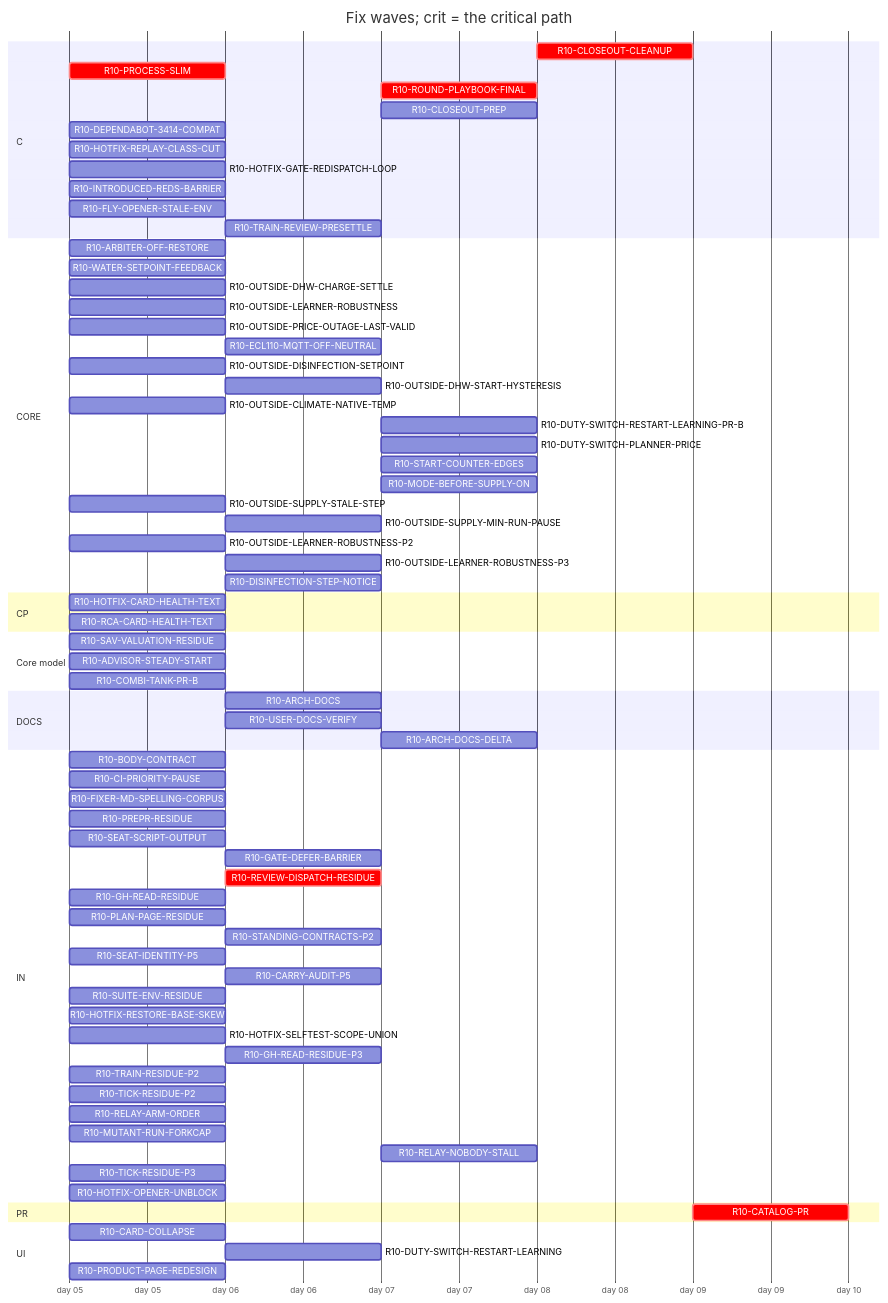
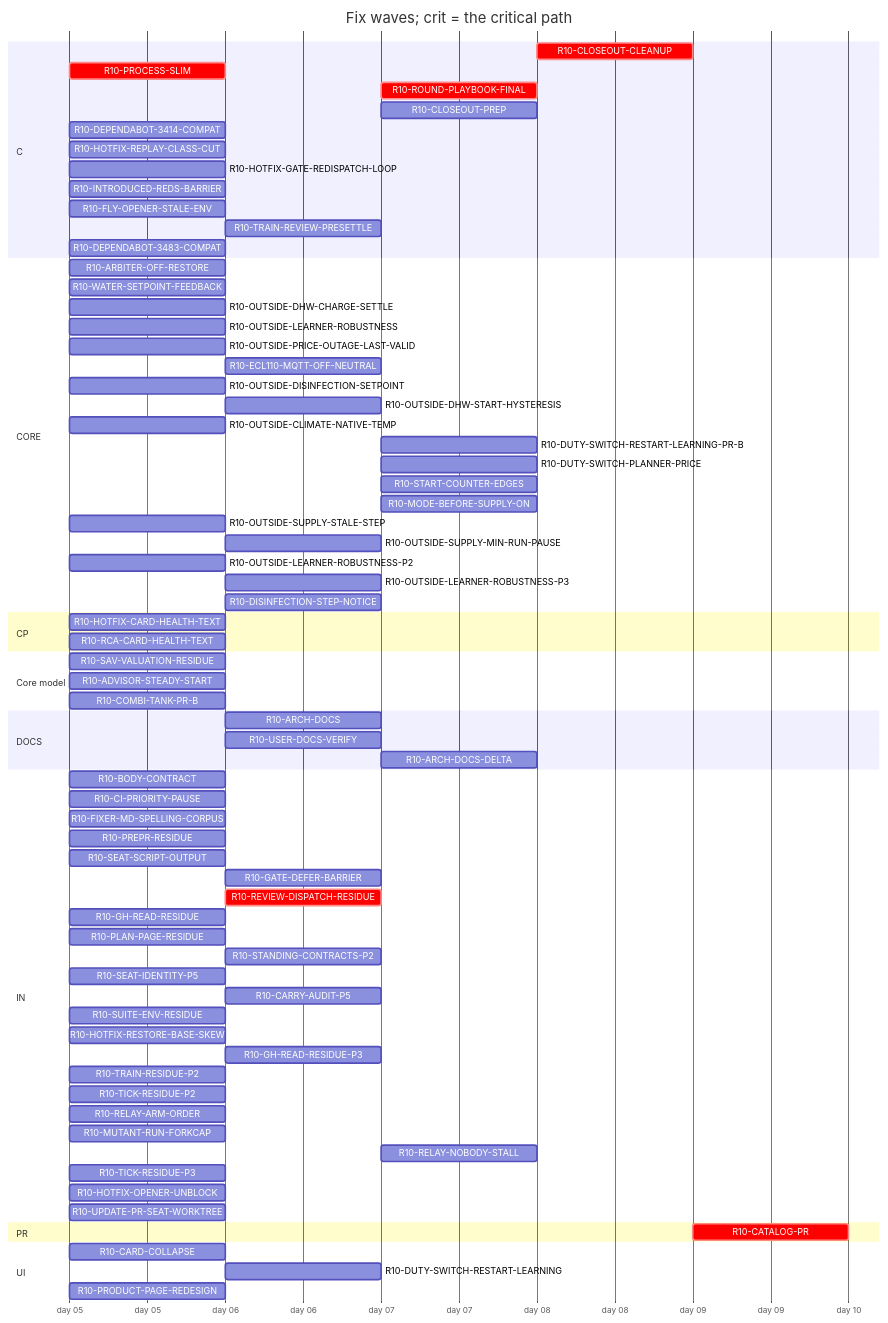
The diagram in handoff/round10/state/PLAN-TABLE.md (tvofi/heatpump_optimizer), drawn with Mermaid before and after one commit. The commit also changed other lines of this file and 3 other files, not shown here.

Commit message:
state: FLOW-BOARD.md, NEXT-SESSION-PROMPT.md, PLAN-TABLE.md, RESUME-CURRENT.md regenerated (state_docs.py)

````diff
--- a/handoff/round10/state/PLAN-TABLE.md
+++ b/handoff/round10/state/PLAN-TABLE.md
@@ -21,77 +21,78 @@
 ```mermaid
 gantt
   title Fix waves; crit = the critical path
   dateFormat YYYY-MM-DD
   axisFormat day %d
   section C
     R10-CLOSEOUT-CLEANUP :crit, r10CLOSEOUTCLEANUP, after r10ARCHDOCS r10USERDOCSVERIFY r10ROUNDPLAYBOOKFINAL r10CLOSEOUTPREP r10ARCHDOCSDELTA, 1d
     R10-PROCESS-SLIM :crit, r10PROCESSSLIM, 2026-01-05, 1d
     R10-ROUND-PLAYBOOK-FINAL :crit, r10ROUNDPLAYBOOKFINAL, after r10BODYCONTRACT r10PROCESSSLIM r10FIXERMDSPELLINGCORPUS r10PREPRRESIDUE r10SEATSCRIPTOUTPUT r10REVIEWDISPATCHRESIDUE r10CARRYAUDITP5 r10SEATIDENTITYP5 r10STANDINGCONTRACTSP2 r10PLANPAGERESIDUE r10GHREADRESIDUE r10SUITEENVRESIDUE r10GATEDEFERBARRIER, 1d
     R10-CLOSEOUT-PREP :r10CLOSEOUTPREP, after r10ARCHDOCS r10BODYCONTRACT r10PROCESSSLIM r10FIXERMDSPELLINGCORPUS r10PREPRRESIDUE r10SEATSCRIPTOUTPUT r10REVIEWDISPATCHRESIDUE r10CARRYAUDITP5 r10SEATIDENTITYP5 r10STANDINGCONTRACTSP2 r10PLANPAGERESIDUE r10GHREADRESIDUE r10SUITEENVRESIDUE r10GATEDEFERBARRIER, 1d
     R10-DEPENDABOT-3414-COMPAT :r10DEPENDABOT3414COMPAT, 2026-01-05, 1d
     R10-HOTFIX-REPLAY-CLASS-CUT :r10HOTFIXREPLAYCLASSCUT, 2026-01-05, 1d
     R10-HOTFIX-GATE-REDISPATCH-LOOP :r10HOTFIXGATEREDISPATCHLOOP, 2026-01-05, 1d
     R10-INTRODUCED-REDS-BARRIER :r10INTRODUCEDREDSBARRIER, 2026-01-05, 1d
     R10-FLY-OPENER-STALE-ENV :r10FLYOPENERSTALEENV, 2026-01-05, 1d
     R10-TRAIN-REVIEW-PRESETTLE :r10TRAINREVIEWPRESETTLE, after r10TRAINRESIDUEP2, 1d
+    R10-DEPENDABOT-3483-COMPAT :r10DEPENDABOT3483COMPAT, 2026-01-05, 1d
   section CORE
     R10-ARBITER-OFF-RESTORE :r10ARBITEROFFRESTORE, 2026-01-05, 1d
     R10-WATER-SETPOINT-FEEDBACK :r10WATERSETPOINTFEEDBACK, 2026-01-05, 1d
     R10-OUTSIDE-DHW-CHARGE-SETTLE :r10OUTSIDEDHWCHARGESETTLE, 2026-01-05, 1d
     R10-OUTSIDE-LEARNER-ROBUSTNESS :r10OUTSIDELEARNERROBUSTNESS, 2026-01-05, 1d
     R10-OUTSIDE-PRICE-OUTAGE-LAST-VALID :r10OUTSIDEPRICEOUTAGELASTVALID, 2026-01-05, 1d
     R10-ECL110-MQTT-OFF-NEUTRAL :r10ECL110MQTTOFFNEUTRAL, after r10ARBITEROFFRESTORE, 1d
     R10-OUTSIDE-DISINFECTION-SETPOINT :r10OUTSIDEDISINFECTIONSETPOINT, 2026-01-05, 1d
     R10-OUTSIDE-DHW-START-HYSTERESIS :r10OUTSIDEDHWSTARTHYSTERESIS, after r10OUTSIDEDISINFECTIONSETPOINT, 1d
     R10-OUTSIDE-CLIMATE-NATIVE-TEMP :r10OUTSIDECLIMATENATIVETEMP, 2026-01-05, 1d
     R10-DUTY-SWITCH-RESTART-LEARNING-PR-B :r10DUTYSWITCHRESTARTLEARNINGPRB, after r10DUTYSWITCHRESTARTLEARNING, 1d
     R10-DUTY-SWITCH-PLANNER-PRICE :r10DUTYSWITCHPLANNERPRICE, after r10DUTYSWITCHRESTARTLEARNING, 1d
     R10-START-COUNTER-EDGES :r10STARTCOUNTEREDGES, after r10DUTYSWITCHRESTARTLEARNING, 1d
     R10-MODE-BEFORE-SUPPLY-ON :r10MODEBEFORESUPPLYON, after r10DUTYSWITCHRESTARTLEARNING, 1d
     R10-OUTSIDE-SUPPLY-STALE-STEP :r10OUTSIDESUPPLYSTALESTEP, 2026-01-05, 1d
     R10-OUTSIDE-SUPPLY-MIN-RUN-PAUSE :r10OUTSIDESUPPLYMINRUNPAUSE, after r10OUTSIDESUPPLYSTALESTEP, 1d
     R10-OUTSIDE-LEARNER-ROBUSTNESS-P2 :r10OUTSIDELEARNERROBUSTNESSP2, 2026-01-05, 1d
     R10-OUTSIDE-LEARNER-ROBUSTNESS-P3 :r10OUTSIDELEARNERROBUSTNESSP3, after r10OUTSIDELEARNERROBUSTNESS r10OUTSIDELEARNERROBUSTNESSP2, 1d
     R10-DISINFECTION-STEP-NOTICE :r10DISINFECTIONSTEPNOTICE, after r10OUTSIDEDISINFECTIONSETPOINT, 1d
   section CP
     R10-HOTFIX-CARD-HEALTH-TEXT :r10HOTFIXCARDHEALTHTEXT, 2026-01-05, 1d
     R10-RCA-CARD-HEALTH-TEXT :r10RCACARDHEALTHTEXT, 2026-01-05, 1d
   section Core model
     R10-SAV-VALUATION-RESIDUE :r10SAVVALUATIONRESIDUE, 2026-01-05, 1d
     R10-ADVISOR-STEADY-START :r10ADVISORSTEADYSTART, 2026-01-05, 1d
     R10-COMBI-TANK-PR-B :r10COMBITANKPRB, 2026-01-05, 1d
   section DOCS
     R10-ARCH-DOCS :r10ARCHDOCS, after r10BODYCONTRACT r10PROCESSSLIM, 1d
     R10-USER-DOCS-VERIFY :r10USERDOCSVERIFY, after r10ARBITEROFFRESTORE r10PRODUCTPAGEREDESIGN, 1d
     R10-ARCH-DOCS-DELTA :r10ARCHDOCSDELTA, after r10ARCHDOCS r10ARBITEROFFRESTORE r10SAVVALUATIONRESIDUE r10ADVISORSTEADYSTART r10COMBITANKPRB, 1d
   section IN
     R10-BODY-CONTRACT :r10BODYCONTRACT, 2026-01-05, 1d
     R10-CI-PRIORITY-PAUSE :r10CIPRIORITYPAUSE, 2026-01-05, 1d
     R10-FIXER-MD-SPELLING-CORPUS :r10FIXERMDSPELLINGCORPUS, 2026-01-05, 1d
     R10-PREPR-RESIDUE :r10PREPRRESIDUE, 2026-01-05, 1d
     R10-SEAT-SCRIPT-OUTPUT :r10SEATSCRIPTOUTPUT, 2026-01-05, 1d
     R10-GATE-DEFER-BARRIER :r10GATEDEFERBARRIER, after r10HOTFIXGATEREDISPATCHLOOP, 1d
     R10-REVIEW-DISPATCH-RESIDUE :crit, r10REVIEWDISPATCHRESIDUE, after r10PROCESSSLIM, 1d
     R10-GH-READ-RESIDUE :r10GHREADRESIDUE, 2026-01-05, 1d
     R10-PLAN-PAGE-RESIDUE :r10PLANPAGERESIDUE, 2026-01-05, 1d
     R10-STANDING-CONTRACTS-P2 :r10STANDINGCONTRACTSP2, after r10FIXERMDSPELLINGCORPUS, 1d
     R10-SEAT-IDENTITY-P5 :r10SEATIDENTITYP5, 2026-01-05, 1d
     R10-CARRY-AUDIT-P5 :r10CARRYAUDITP5, after r10BODYCONTRACT, 1d
     R10-SUITE-ENV-RESIDUE :r10SUITEENVRESIDUE, 2026-01-05, 1d
     R10-HOTFIX-RESTORE-BASE-SKEW :r10HOTFIXRESTOREBASESKEW, 2026-01-05, 1d
-    R10-HOTFIX-SELFTEST-SCOPE-UNION :r10HOTFIXSELFTESTSCOPEUNION, 2026-01-05, 1d
     R10-GH-READ-RESIDUE-P3 :r10GHREADRESIDUEP3, after r10GHREADRESIDUE, 1d
     R10-TRAIN-RESIDUE-P2 :r10TRAINRESIDUEP2, 2026-01-05, 1d
     R10-TICK-RESIDUE-P2 :r10TICKRESIDUEP2, 2026-01-05, 1d
     R10-RELAY-ARM-ORDER :r10RELAYARMORDER, 2026-01-05, 1d
     R10-MUTANT-RUN-FORKCAP :r10MUTANTRUNFORKCAP, 2026-01-05, 1d
     R10-RELAY-NOBODY-STALL :r10RELAYNOBODYSTALL, after r10RELAYARMORDER r10REVIEWDISPATCHRESIDUE, 1d
     R10-TICK-RESIDUE-P3 :r10TICKRESIDUEP3, 2026-01-05, 1d
     R10-HOTFIX-OPENER-UNBLOCK :r10HOTFIXOPENERUNBLOCK, 2026-01-05, 1d
+    R10-UPDATE-PR-SEAT-WORKTREE :r10UPDATEPRSEATWORKTREE, 2026-01-05, 1d
   section PR
     R10-CATALOG-PR :crit, r10CATALOGPR, after r10USERDOCSVERIFY r10ARCHDOCS r10ROUNDPLAYBOOKFINAL r10CLOSEOUTCLEANUP r10CLOSEOUTPREP r10ARCHDOCSDELTA, 1d
   section UI
     R10-CARD-COLLAPSE :r10CARDCOLLAPSE, 2026-01-05, 1d
     R10-DUTY-SWITCH-RESTART-LEARNING :r10DUTYSWITCHRESTARTLEARNING, after r10WATERSETPOINTFEEDBACK, 1d
     R10-PRODUCT-PAGE-REDESIGN :r10PRODUCTPAGEREDESIGN, 2026-01-05, 1d
 ```
````
